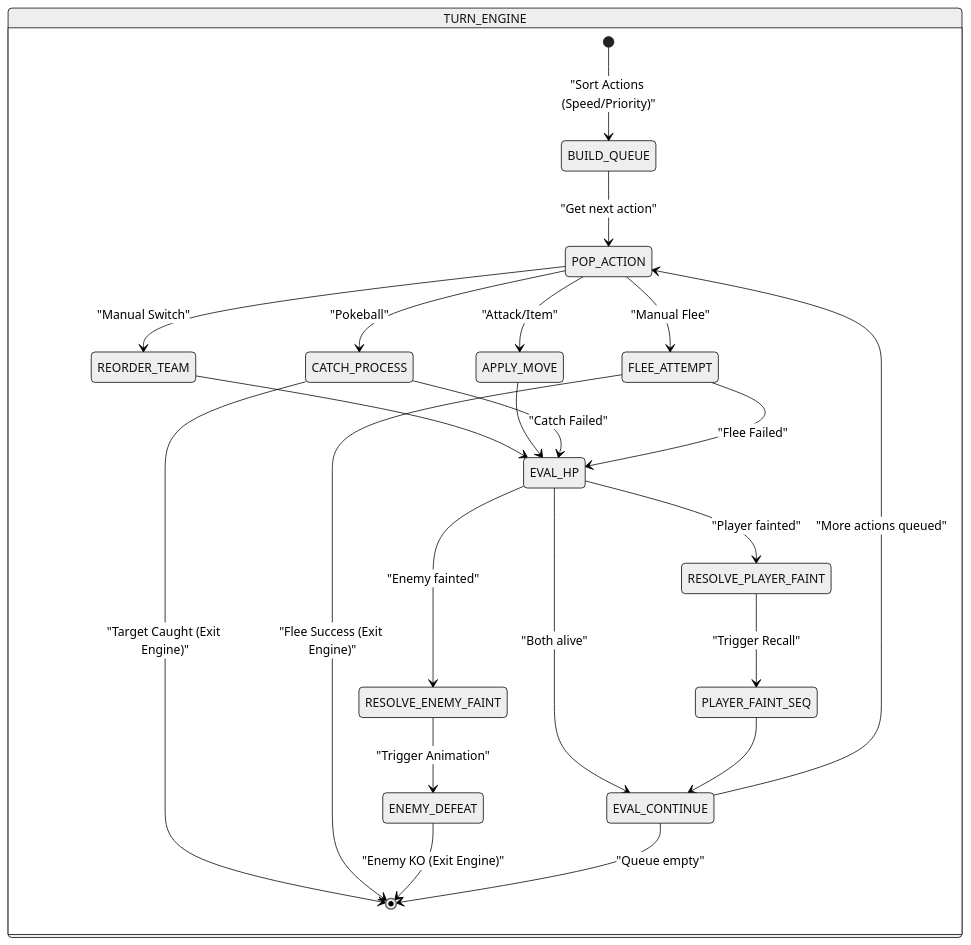
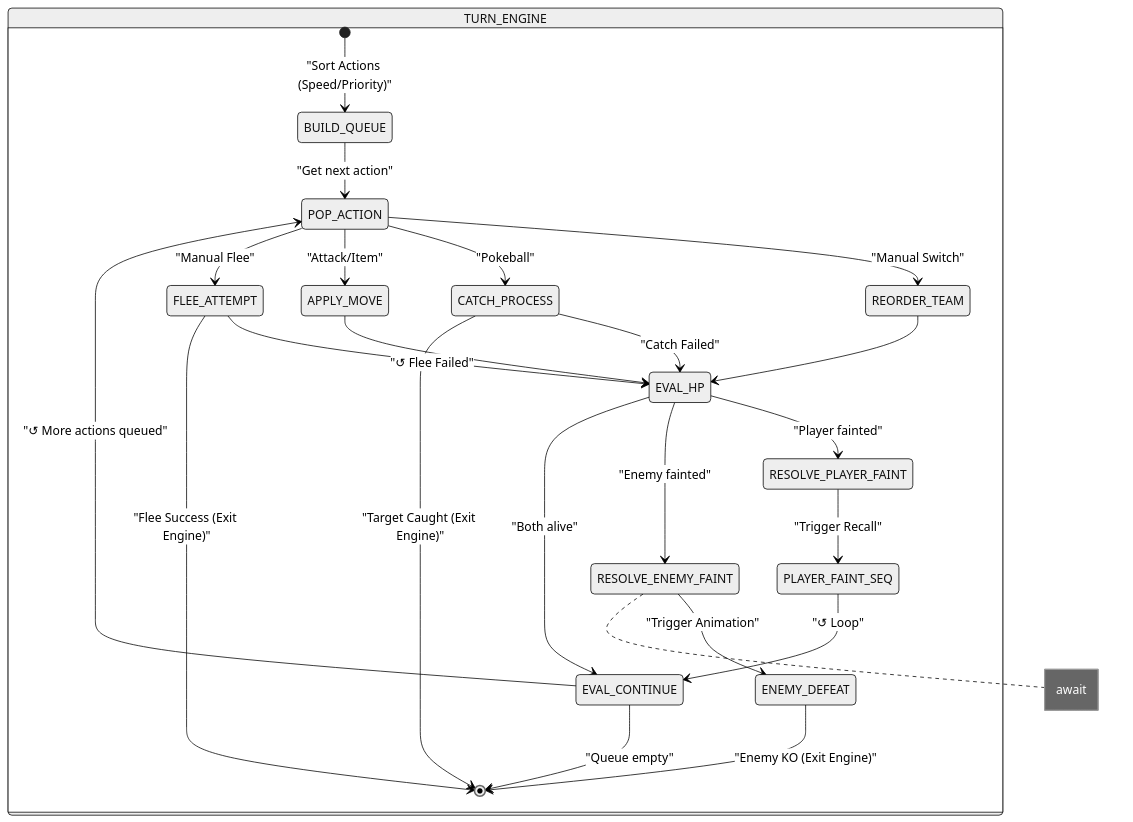
One commit to Darkham77/PokeBorrador changed the fifth of 18 diagrams in .agents/skills/project-standards/references/battle/battle_mechanics_manual.md. Above: the diagram before and after it, drawn with Mermaid (neutral theme). The commit also changed other lines of this file and 29 other files, not shown here.

````diff
--- a/.agents/skills/project-standards/references/battle/battle_mechanics_manual.md
+++ b/.agents/skills/project-standards/references/battle/battle_mechanics_manual.md
@@ -479,35 +479,36 @@
 ```mermaid
 stateDiagram-v2
     state TURN_ENGINE {
         [*] --> BUILD_QUEUE: "Sort Actions (Speed/Priority)"
         BUILD_QUEUE --> POP_ACTION: "Get next action"
         
         POP_ACTION --> REORDER_TEAM: "Manual Switch"
         POP_ACTION --> CATCH_PROCESS: "Pokeball"
         POP_ACTION --> APPLY_MOVE: "Attack/Item"
         POP_ACTION --> FLEE_ATTEMPT: "Manual Flee"
         
         REORDER_TEAM --> EVAL_HP
         APPLY_MOVE --> EVAL_HP
         CATCH_PROCESS --> EVAL_HP: "Catch Failed"
         CATCH_PROCESS --> [*]: "Target Caught (Exit Engine)"
         
-        FLEE_ATTEMPT --> EVAL_HP: "Flee Failed"
+        FLEE_ATTEMPT --> EVAL_HP: "↺ Flee Failed"
         FLEE_ATTEMPT --> [*]: "Flee Success (Exit Engine)"
         
         state EVAL_HP <<choice>>
         EVAL_HP --> RESOLVE_PLAYER_FAINT: "Player fainted"
         EVAL_HP --> RESOLVE_ENEMY_FAINT: "Enemy fainted"
         EVAL_HP --> EVAL_CONTINUE: "Both alive"
         
         RESOLVE_PLAYER_FAINT --> PLAYER_FAINT_SEQ: "Trigger Recall"
-        PLAYER_FAINT_SEQ --> EVAL_CONTINUE
+        PLAYER_FAINT_SEQ --> EVAL_CONTINUE : "↺ Loop"
         
         RESOLVE_ENEMY_FAINT --> ENEMY_DEFEAT: "Trigger Animation"
+        note right of RESOLVE_ENEMY_FAINT: await
         ENEMY_DEFEAT --> [*]: "Enemy KO (Exit Engine)"
         
         state EVAL_CONTINUE <<choice>>
-        EVAL_CONTINUE --> POP_ACTION: "More actions queued"
+        EVAL_CONTINUE --> POP_ACTION: "↺ More actions queued"
         EVAL_CONTINUE --> [*]: "Queue empty"
     }
 ```
````
